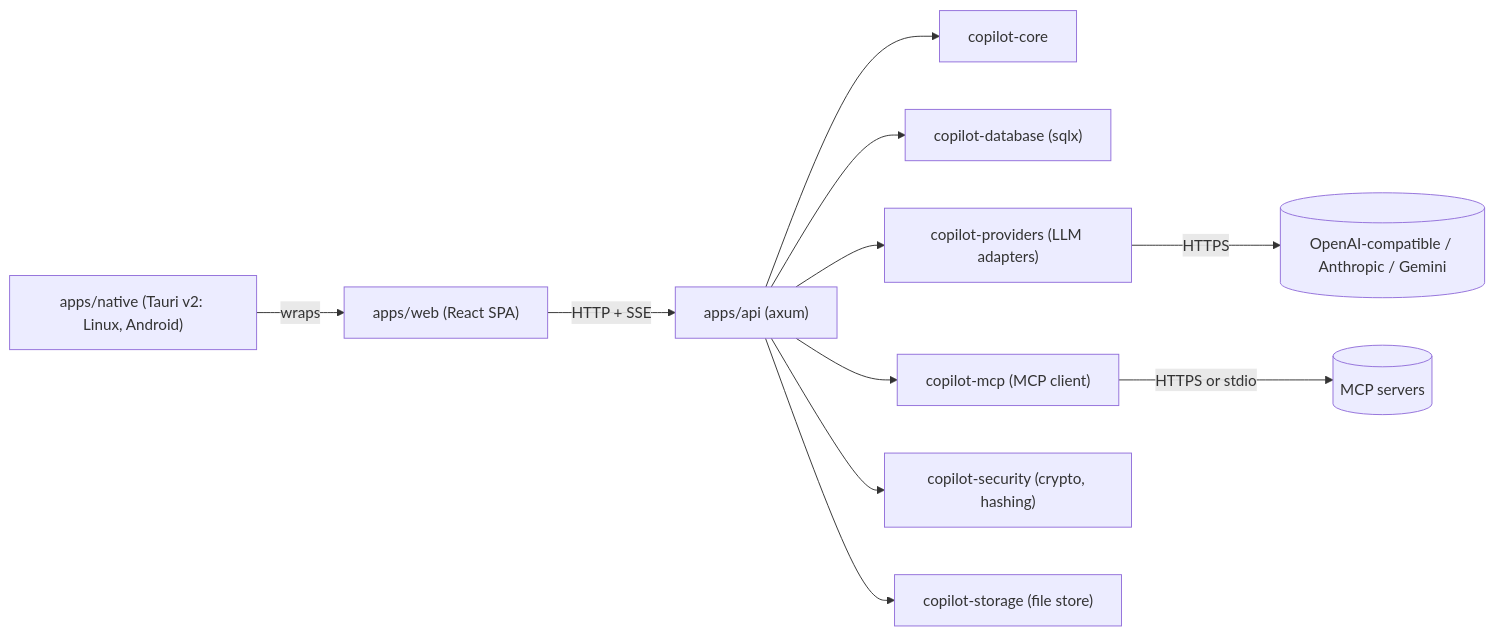
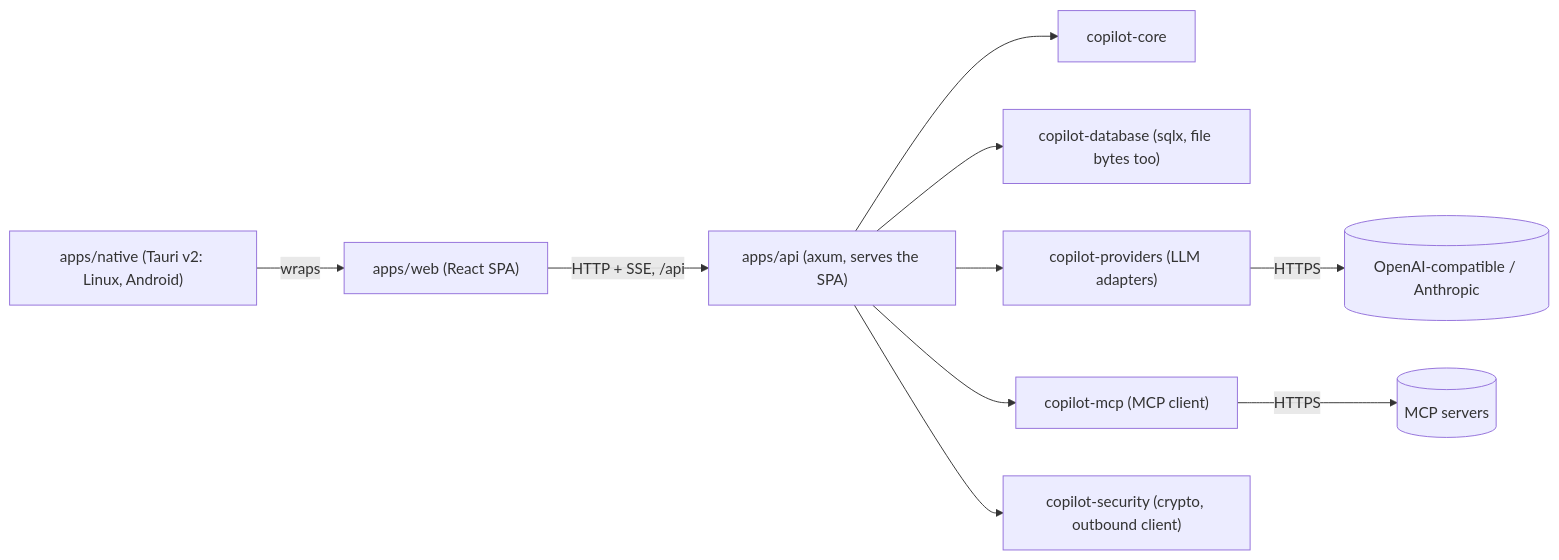
One commit to host39/copilot changed the diagram in docs/design/copilot.md. Above: the diagram before and after it, drawn with Mermaid. The commit also changed other lines of this file and 3 other files, not shown here.

````diff
--- a/docs/design/copilot.md
+++ b/docs/design/copilot.md
@@ -94,13 +173,12 @@
 ```mermaid
 flowchart LR
-  Web["apps/web (React SPA)"] -->|HTTP + SSE| API
+  Web["apps/web (React SPA)"] -->|"HTTP + SSE, /api"| API
   Native["apps/native (Tauri v2: Linux, Android)"] -->|wraps| Web
-  API["apps/api (axum)"] --> Core["copilot-core"]
-  API --> DB["copilot-database (sqlx)"]
+  API["apps/api (axum, serves the SPA)"] --> Core["copilot-core"]
+  API --> DB["copilot-database (sqlx, file bytes too)"]
   API --> Providers["copilot-providers (LLM adapters)"]
   API --> Mcp["copilot-mcp (MCP client)"]
-  API --> Security["copilot-security (crypto, hashing)"]
-  API --> Storage["copilot-storage (file store)"]
-  Providers -->|HTTPS| LLM[("OpenAI-compatible / Anthropic / Gemini")]
-  Mcp -->|HTTPS or stdio| Tools[("MCP servers")]
+  API --> Security["copilot-security (crypto, outbound client)"]
+  Providers -->|HTTPS| LLM[("OpenAI-compatible / Anthropic")]
+  Mcp -->|HTTPS| Tools[("MCP servers")]
 ```
````
